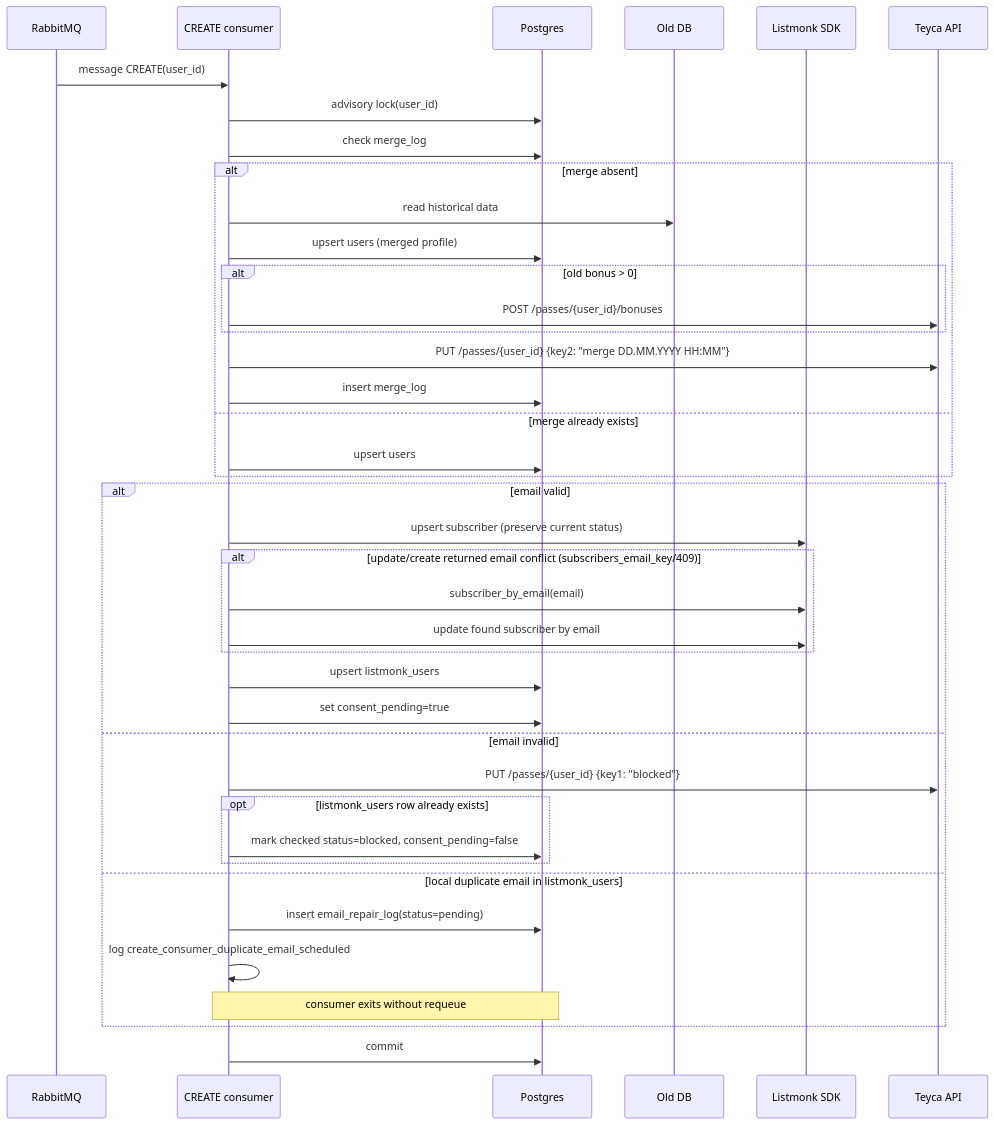
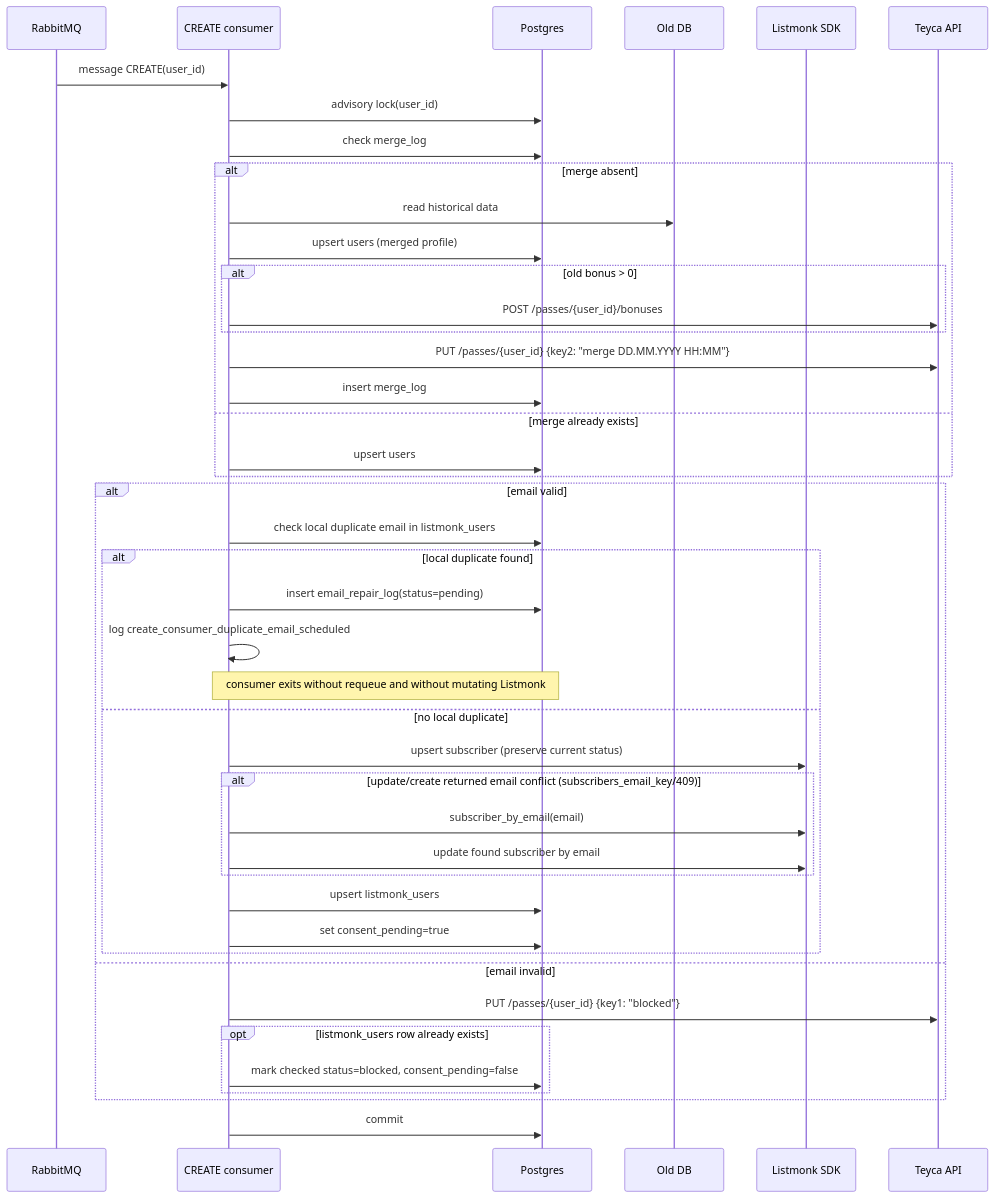
Before and after one commit to Nikita-Silent/teyca-sync: the second of 7 diagrams in docs/current-runtime-flow.md, drawn with Mermaid. The commit also changed other lines of this file and 13 other files, not shown here.

Commit message:
Add duplicate email remediation backfill and pre-check flow

````diff
--- a/docs/current-runtime-flow.md
+++ b/docs/current-runtime-flow.md
@@ -48,43 +48,46 @@
 ```mermaid
 sequenceDiagram
     participant RMQ as RabbitMQ
     participant C as CREATE consumer
     participant DB as Postgres
     participant ODB as Old DB
     participant LM as Listmonk SDK
     participant TY as Teyca API
 
     RMQ->>C: message CREATE(user_id)
     C->>DB: advisory lock(user_id)
     C->>DB: check merge_log
     alt merge absent
         C->>ODB: read historical data
         C->>DB: upsert users (merged profile)
         alt old bonus > 0
             C->>TY: POST /passes/{user_id}/bonuses
         end
         C->>TY: PUT /passes/{user_id} {key2: "merge DD.MM.YYYY HH:MM"}
         C->>DB: insert merge_log
     else merge already exists
         C->>DB: upsert users
     end
     alt email valid
-        C->>LM: upsert subscriber (preserve current status)
-        alt update/create returned email conflict (subscribers_email_key/409)
-            C->>LM: subscriber_by_email(email)
-            C->>LM: update found subscriber by email
+        C->>DB: check local duplicate email in listmonk_users
+        alt local duplicate found
+            C->>DB: insert email_repair_log(status=pending)
+            C->>C: log create_consumer_duplicate_email_scheduled
+            Note over C,DB: consumer exits without requeue and without mutating Listmonk
+        else no local duplicate
+            C->>LM: upsert subscriber (preserve current status)
+            alt update/create returned email conflict (subscribers_email_key/409)
+                C->>LM: subscriber_by_email(email)
+                C->>LM: update found subscriber by email
+            end
+            C->>DB: upsert listmonk_users
+            C->>DB: set consent_pending=true
         end
-        C->>DB: upsert listmonk_users
-        C->>DB: set consent_pending=true
     else email invalid
         C->>TY: PUT /passes/{user_id} {key1: "blocked"}
         opt listmonk_users row already exists
             C->>DB: mark checked status=blocked, consent_pending=false
         end
-    else local duplicate email in listmonk_users
-        C->>DB: insert email_repair_log(status=pending)
-        C->>C: log create_consumer_duplicate_email_scheduled
-        Note over C,DB: consumer exits without requeue
     end
     C->>DB: commit
 ```
````
